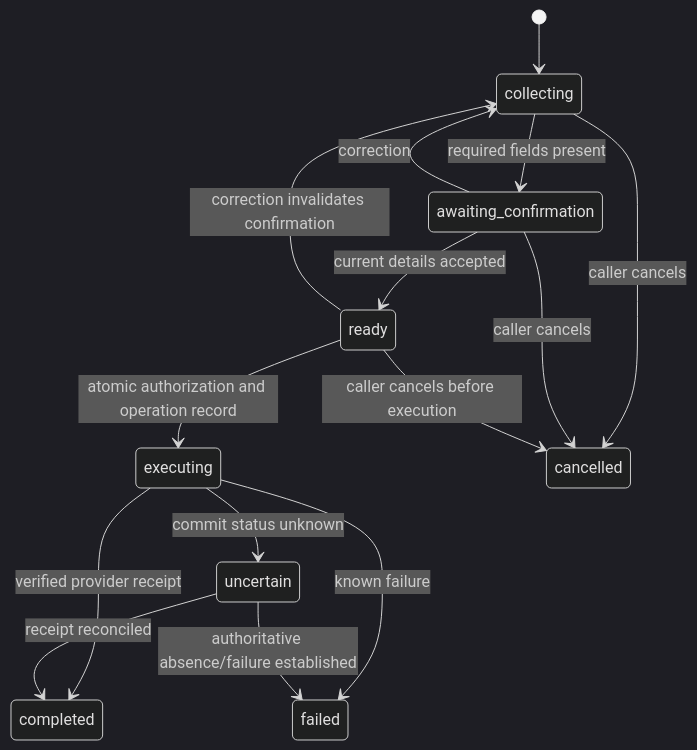
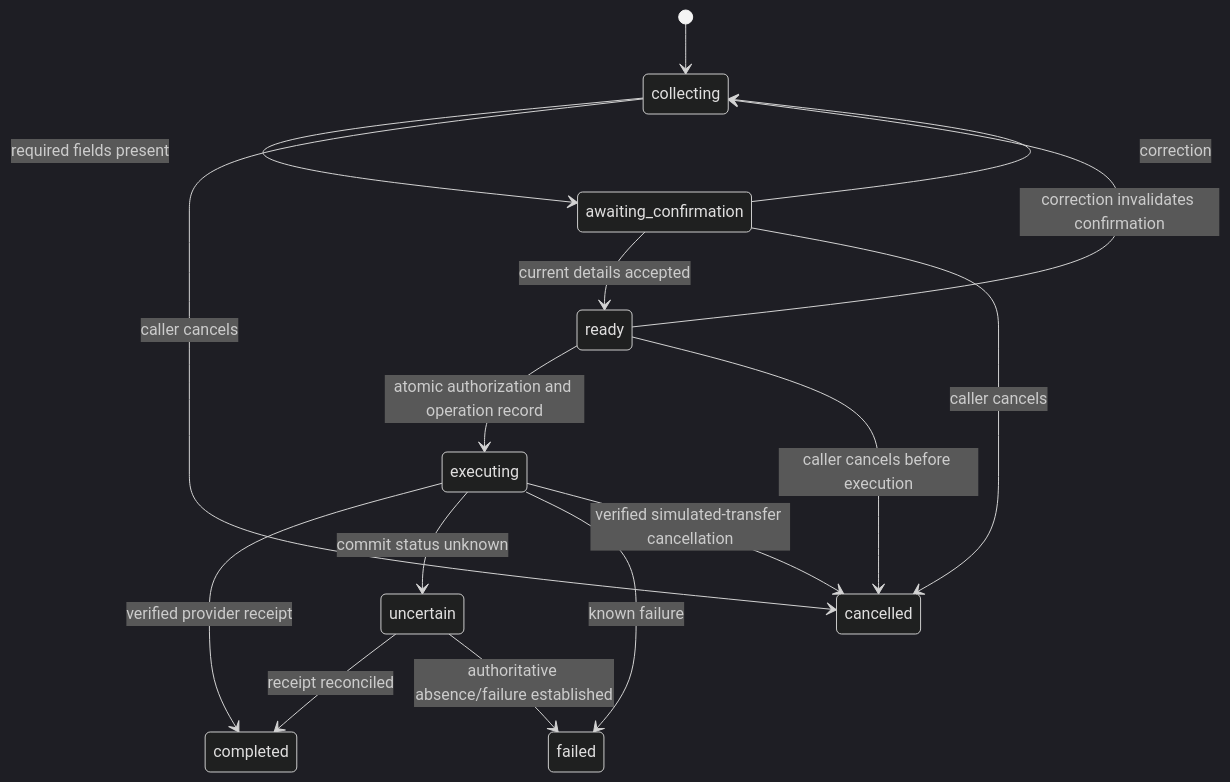
One commit to drore/threefold-boulder-voice-agent changed the diagram in spec/spec-process-workflow.md. Above: the diagram before and after it, drawn with Mermaid (dark theme). The commit also changed other lines of this file and 7 other files, not shown here.

````diff
--- a/spec/spec-process-workflow.md
+++ b/spec/spec-process-workflow.md
@@ -60,17 +60,18 @@
 ```mermaid
 stateDiagram-v2
   [*] --> collecting
   collecting --> awaiting_confirmation: required fields present
   awaiting_confirmation --> ready: current details accepted
   awaiting_confirmation --> collecting: correction
   ready --> collecting: correction invalidates confirmation
   ready --> executing: atomic authorization and operation record
   executing --> completed: verified provider receipt
   executing --> uncertain: commit status unknown
   executing --> failed: known failure
+  executing --> cancelled: verified simulated-transfer cancellation
   collecting --> cancelled: caller cancels
   awaiting_confirmation --> cancelled: caller cancels
   ready --> cancelled: caller cancels before execution
   uncertain --> completed: receipt reconciled
   uncertain --> failed: authoritative absence/failure established
 ```
````
